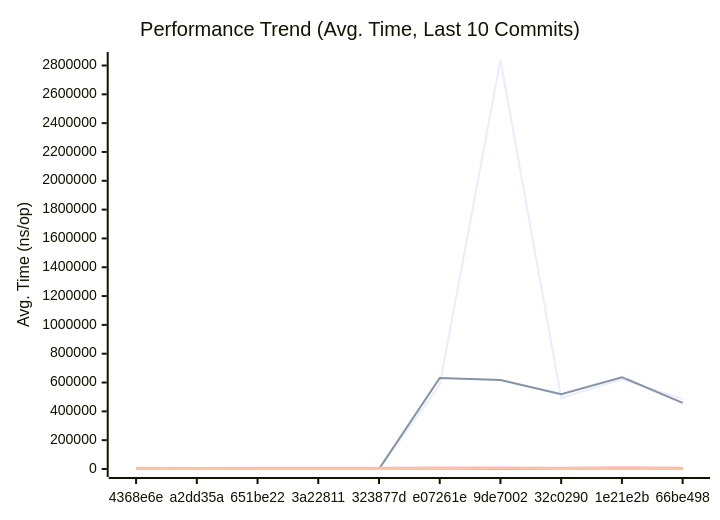
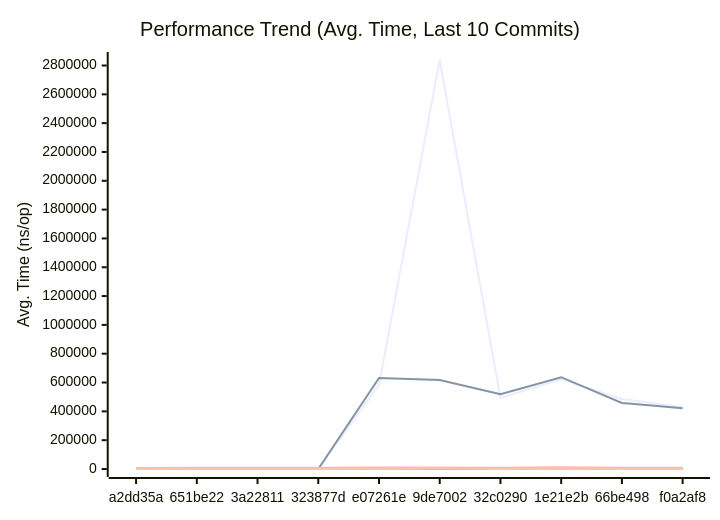
The first of 3 diagrams in docs/PERFORMANCE.md (alsotoes/momo), drawn with Mermaid before and after one commit. The commit also changed other lines of this file and 8 other files, not shown here.

````diff
--- a/docs/PERFORMANCE.md
+++ b/docs/PERFORMANCE.md
@@ -145,20 +145,20 @@
 ```mermaid
 xychart-beta
     title "Performance Trend (Avg. Time, Last 10 Commits)"
     x-axis "Commit"
     y-axis "Avg. Time (ns/op)"
-    x-axis [4368e6e,a2dd35a,651be22,3a22811,323877d,e07261e,9de7002,32c0290,1e21e2b,66be498]
-    line "AWSChunkedReaderSigned" [0,0,0,0,0,584226,2838201,493329,623314,485586]
-    line "AWSChunkedReaderUnsigned" [0,0,0,0,0,631654,617880,518620,637133,458443]
-    line "CheckMetricsAndSwap" [9,10,9,10,10,9,16,10,13,9]
-    line "CrushOptimized" [436,307,344,355,415,439,381,353,419,355]
-    line "CrushOriginal" [516,557,494,491,570,664,686,549,628,459]
-    line "IndexDirectTracking" [0,0,0,0,0,0,1,0,1,0]
-    line "IndexSearch" [2,2,2,2,2,2,3,2,3,3]
-    line "LoadGlobalConfig" [9158,7310,7930,8102,9075,10900,10925,8352,11680,7877]
-    line "PadString" [52,40,46,49,53,64,66,53,64,43]
+    x-axis [a2dd35a,651be22,3a22811,323877d,e07261e,9de7002,32c0290,1e21e2b,66be498,f0a2af8]
+    line "AWSChunkedReaderSigned" [0,0,0,0,584226,2838201,493329,623314,485586,428699]
+    line "AWSChunkedReaderUnsigned" [0,0,0,0,631654,617880,518620,637133,458443,420916]
+    line "CheckMetricsAndSwap" [10,9,10,10,9,16,10,13,9,8]
+    line "CrushOptimized" [307,344,355,415,439,381,353,419,355,342]
+    line "CrushOriginal" [557,494,491,570,664,686,549,628,459,465]
+    line "IndexDirectTracking" [0,0,0,0,0,1,0,1,0,0]
+    line "IndexSearch" [2,2,2,2,2,3,2,3,3,3]
+    line "LoadGlobalConfig" [7310,7930,8102,9075,10900,10925,8352,11680,7877,7811]
+    line "PadString" [40,46,49,53,64,66,53,64,43,49]
     line "ParseReplicationOrder_NoPrealloc" [350,349,357,354,345,225,229,165,232,234]
     line "ParseReplicationOrder_Prealloc" [229,231,237,234,229,108,107,80,110,109]
-    line "SanitizeLog/Safe" [500,456,475,487,537,496,673,440,585,444]
-    line "SanitizeLog/Unsafe" [782,686,592,720,762,826,1502,669,794,568]
+    line "SanitizeLog/Safe" [456,475,487,537,496,673,440,585,444,426]
+    line "SanitizeLog/Unsafe" [686,592,720,762,826,1502,669,794,568,519]
 ```
````
